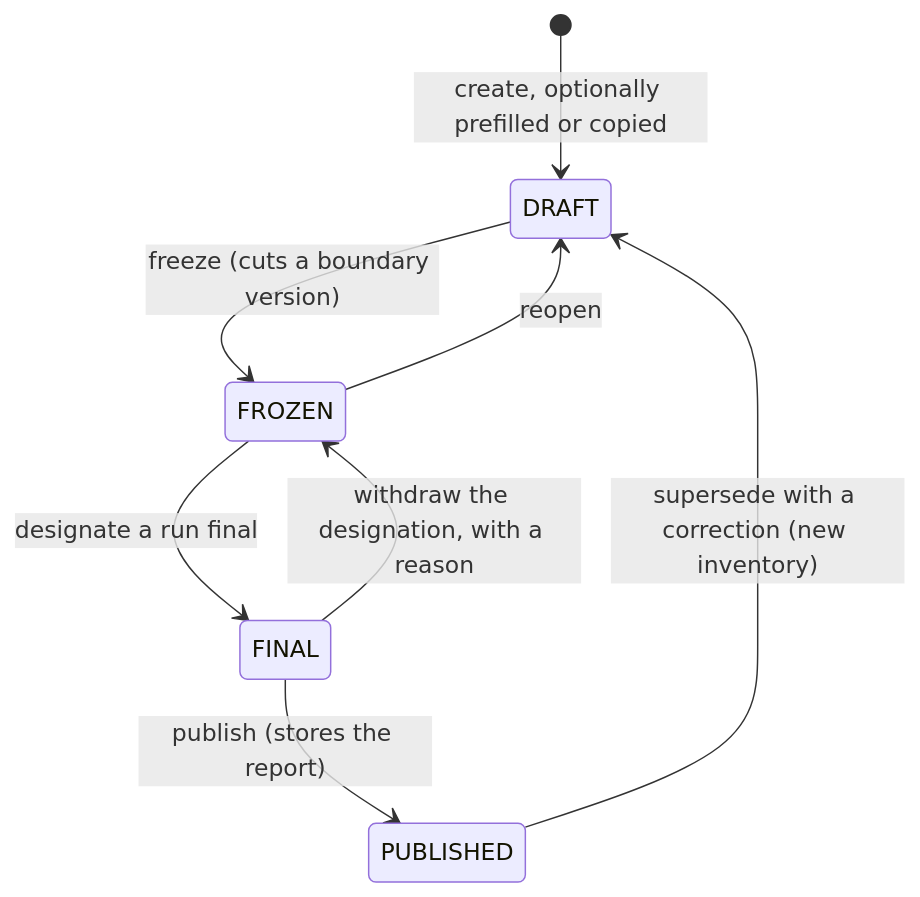
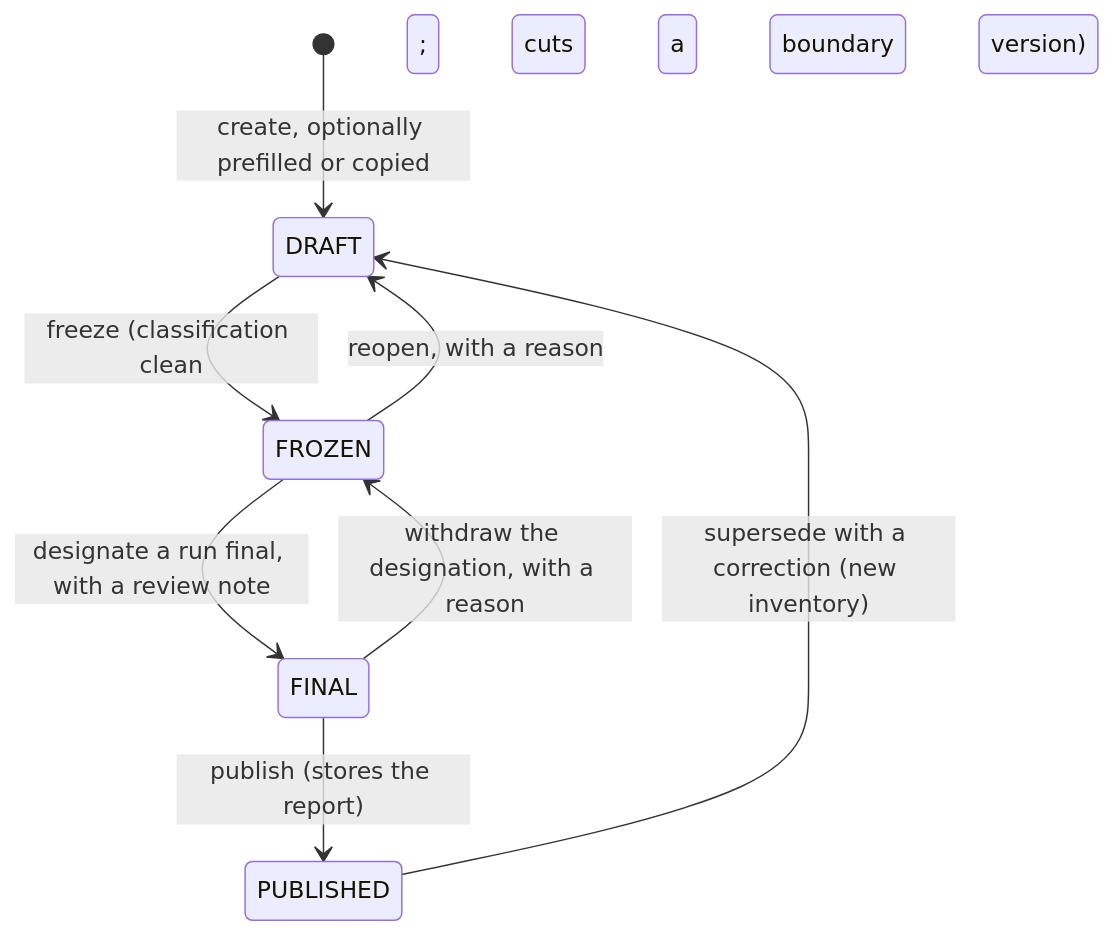
One commit to miketak/carbonos changed the diagram in docs/explanation/inventory-lifecycle.md. Above: the diagram before and after it, drawn with Mermaid. The commit also changed other lines of this file and 48 other files, not shown here.

````diff
--- a/docs/explanation/inventory-lifecycle.md
+++ b/docs/explanation/inventory-lifecycle.md
@@ -15,12 +16,12 @@
 ```mermaid
 stateDiagram-v2
     accTitle: The four inventory states and their transitions
-    accDescr: A draft is frozen, which cuts a boundary version and allows runs. A frozen inventory can be reopened, or a run can be designated final. A final designation can be withdrawn with a reason, or the inventory published. A published inventory is superseded by a correction that starts as a new draft.
+    accDescr: A draft is frozen once its classification is clean, which cuts a boundary version and allows runs. A frozen inventory can be reopened with a reason, or a run can be designated final with a review note. A final designation can be withdrawn with a reason, or the inventory published. A published inventory is superseded by a correction that starts as a new draft.
     [*] --> DRAFT: create, optionally prefilled or copied
-    DRAFT --> FROZEN: freeze (cuts a boundary version)
-    FROZEN --> DRAFT: reopen
-    FROZEN --> FINAL: designate a run final
+    DRAFT --> FROZEN: freeze (classification clean; cuts a boundary version)
+    FROZEN --> DRAFT: reopen, with a reason
+    FROZEN --> FINAL: designate a run final, with a review note
     FINAL --> FROZEN: withdraw the designation, with a reason
     FINAL --> PUBLISHED: publish (stores the report)
     PUBLISHED --> DRAFT: supersede with a correction (new inventory)
 ```
````
